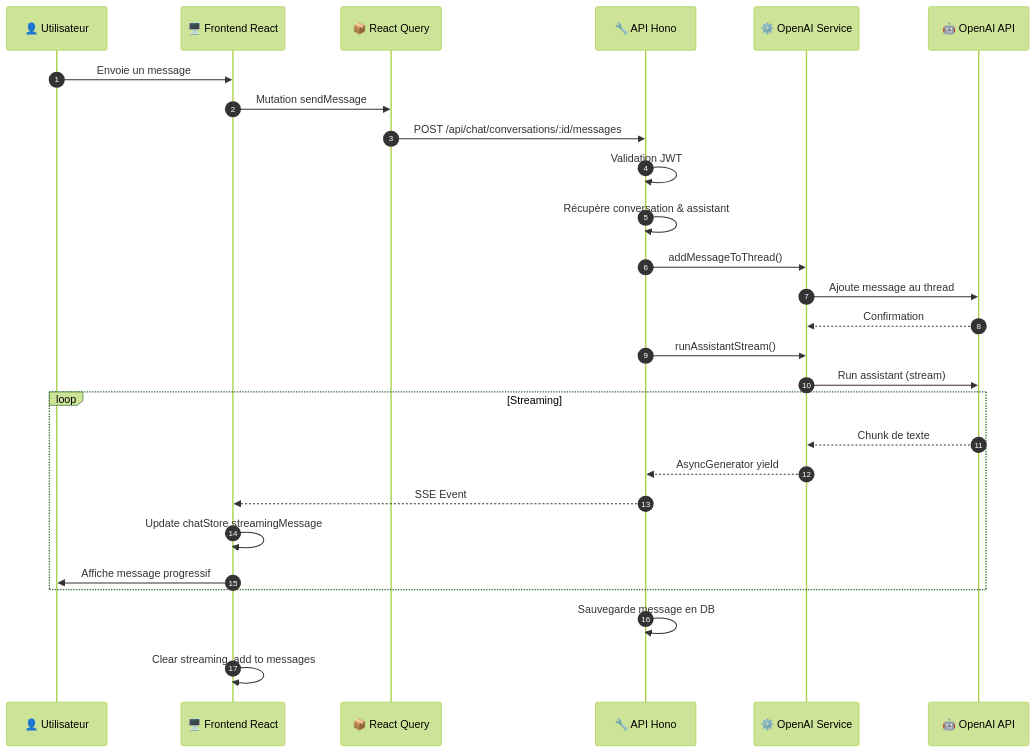
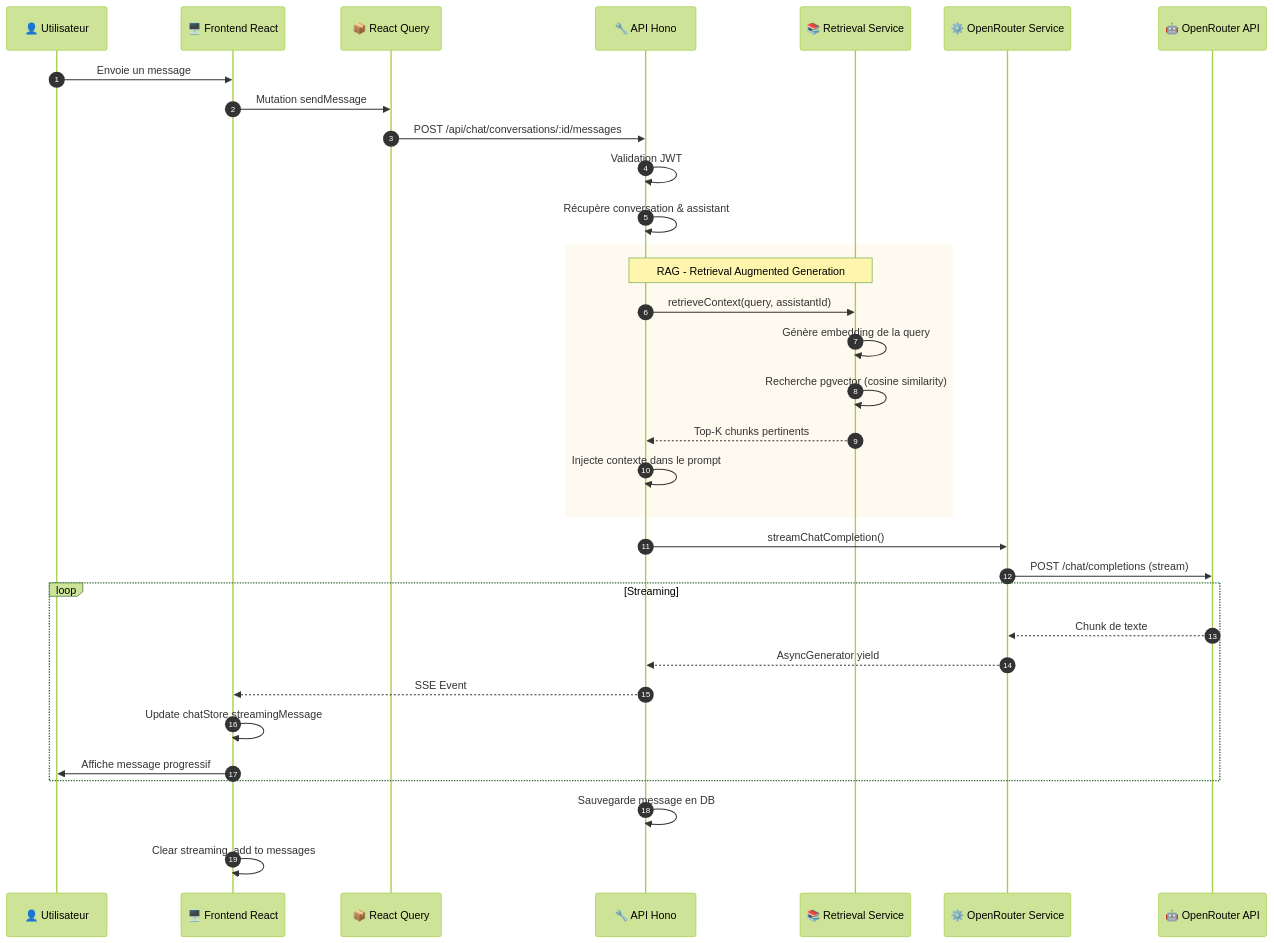
Before and after one commit to D4kooo/Altij-Ai-Lab: the fourth of 10 diagrams in docs/architecture-diagram.md, drawn with Mermaid (forest theme). The commit also changed other lines of this file and 7 other files, not shown here.

````diff
--- a/docs/architecture-diagram.md
+++ b/docs/architecture-diagram.md
@@ -155,32 +162,40 @@
 ```mermaid
 sequenceDiagram
     autonumber
     participant U as 👤 Utilisateur
     participant F as 🖥️ Frontend React
     participant RQ as 📦 React Query
     participant A as 🔧 API Hono
-    participant S as ⚙️ OpenAI Service
-    participant O as 🤖 OpenAI API
+    participant R as 📚 Retrieval Service
+    participant S as ⚙️ OpenRouter Service
+    participant O as 🤖 OpenRouter API
 
     U->>F: Envoie un message
     F->>RQ: Mutation sendMessage
     RQ->>A: POST /api/chat/conversations/:id/messages
     A->>A: Validation JWT
     A->>A: Récupère conversation & assistant
-    A->>S: addMessageToThread()
-    S->>O: Ajoute message au thread
-    O-->>S: Confirmation
-    A->>S: runAssistantStream()
-    S->>O: Run assistant (stream)
+
+    rect rgb(255, 250, 240)
+        Note over A,R: RAG - Retrieval Augmented Generation
+        A->>R: retrieveContext(query, assistantId)
+        R->>R: Génère embedding de la query
+        R->>R: Recherche pgvector (cosine similarity)
+        R-->>A: Top-K chunks pertinents
+        A->>A: Injecte contexte dans le prompt
+    end
+
+    A->>S: streamChatCompletion()
+    S->>O: POST /chat/completions (stream)
 
     loop Streaming
         O-->>S: Chunk de texte
         S-->>A: AsyncGenerator yield
         A-->>F: SSE Event
         F->>F: Update chatStore.streamingMessage
         F->>U: Affiche message progressif
     end
 
     A->>A: Sauvegarde message en DB
     F->>F: Clear streaming, add to messages
 ```
````
